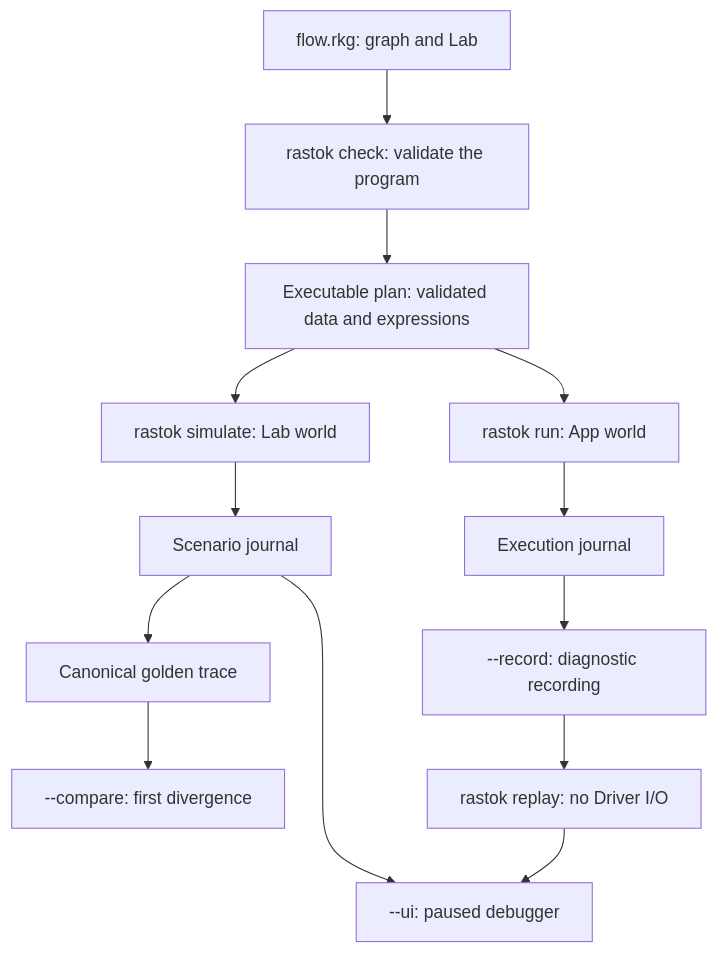
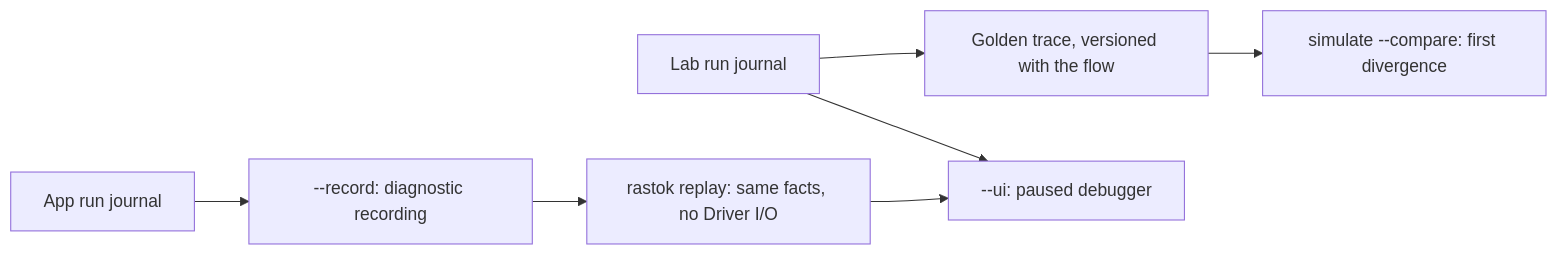
One commit to rastok-io/rastok changed the second of 2 diagrams in docs/site/overview.md. Above: the diagram before and after it, drawn with Mermaid. The commit also changed other lines of this file, not shown here.

````diff
--- a/docs/site/overview.md
+++ b/docs/site/overview.md
@@ -20,15 +140,9 @@
 ```mermaid
-flowchart TD
-    source["flow.rkg: graph and Lab"] --> check["rastok check: validate the program"]
-    check --> plan["Executable plan: validated data and expressions"]
-    plan --> simulate["rastok simulate: Lab world"]
-    plan --> run["rastok run: App world"]
-    simulate --> labJournal["Scenario journal"]
-    labJournal --> golden["Canonical golden trace"]
-    golden --> compare["--compare: first divergence"]
-    labJournal --> debugger["--ui: paused debugger"]
-    run --> appJournal["Execution journal"]
-    appJournal --> recording["--record: diagnostic recording"]
-    recording --> replay["rastok replay: no Driver I/O"]
-    replay --> debugger
+flowchart LR
+    labJournal["Lab run journal"] --> golden["Golden trace, versioned with the flow"]
+    golden --> compare["simulate --compare: first divergence"]
+    appJournal["App run journal"] --> recording["--record: diagnostic recording"]
+    recording --> replay["rastok replay: same facts, no Driver I/O"]
+    labJournal --> ui["--ui: paused debugger"]
+    replay --> ui
 ```
````
